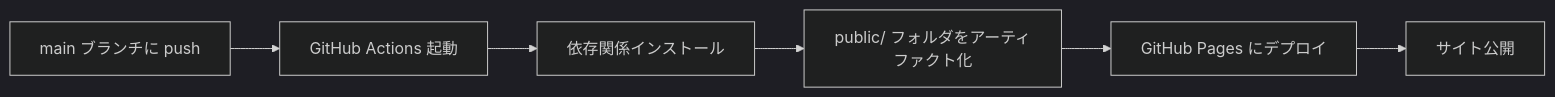
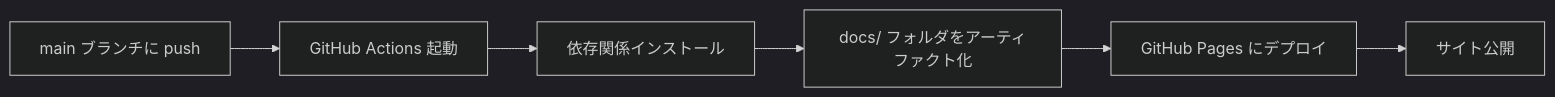
One commit to Phirosoft/public changed the diagram in DEPLOY.md. Above: the diagram before and after it, drawn with Mermaid (dark theme). The commit also changed other lines of this file and 27 other files, not shown here.

````diff
--- a/DEPLOY.md
+++ b/DEPLOY.md
@@ -21,8 +21,8 @@
 ```mermaid
 graph LR
     A[main ブランチに push] --> B[GitHub Actions 起動]
     B --> C[依存関係インストール]
-    C --> D[public/ フォルダをアーティファクト化]
+    C --> D[docs/ フォルダをアーティファクト化]
     D --> E[GitHub Pages にデプロイ]
     E --> F[サイト公開]
 ```
````
